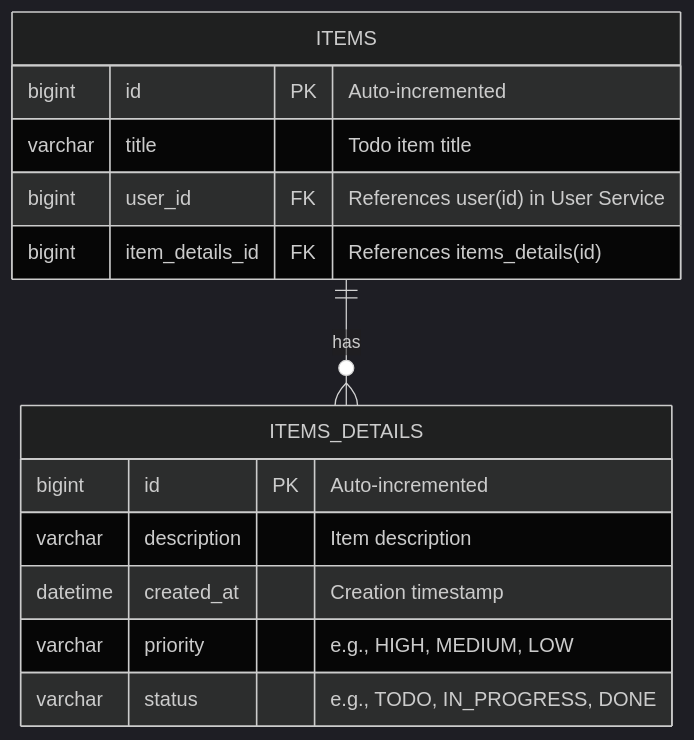
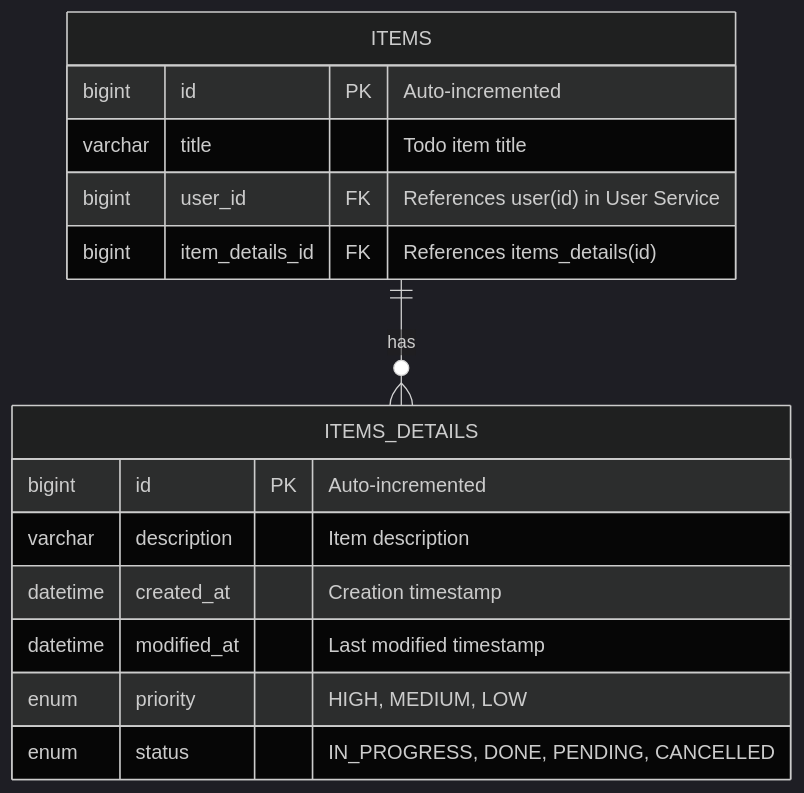
Before and after one commit to Super-TODO/Todo-Service: the diagram in README.md, drawn with Mermaid (dark theme).

````diff
--- a/README.md
+++ b/README.md
@@ -6,19 +6,21 @@
 ```mermaid
 erDiagram
     ITEMS ||--o{ ITEMS_DETAILS : has
 
     ITEMS {
         bigint id PK "Auto-incremented"
         varchar title "Todo item title"
         bigint user_id FK "References user(id) in User Service"
         bigint item_details_id FK "References items_details(id)"
     }
 
     ITEMS_DETAILS {
         bigint id PK "Auto-incremented"
         varchar description "Item description"
         datetime created_at "Creation timestamp"
-        varchar priority "e.g., HIGH, MEDIUM, LOW"
-        varchar status "e.g., TODO, IN_PROGRESS, DONE"
+        datetime modified_at "Last modified timestamp"
+        enum priority "HIGH, MEDIUM, LOW"
+        enum status "IN_PROGRESS, DONE, PENDING, CANCELLED"
     }
+
 ```
````
